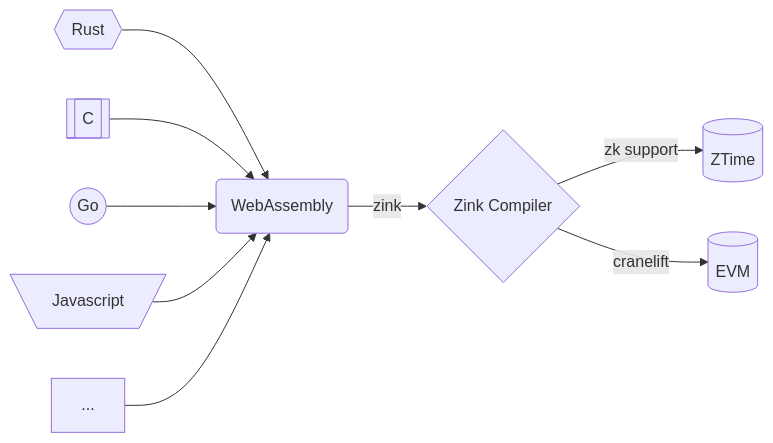
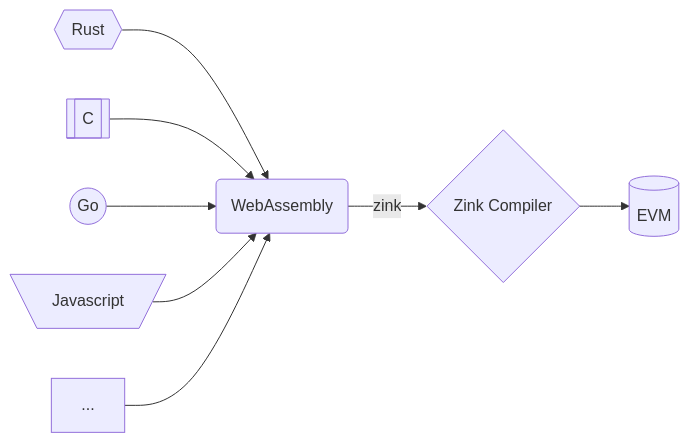
The diagram in README.md (zink-lang/zink), drawn with Mermaid before and after one commit. The commit also changed 1 other file, not shown here.

Commit message:
docs(README): remove cranelift

````diff
--- a/README.md
+++ b/README.md
@@ -13,11 +13,10 @@
 ```mermaid
 flowchart LR
     A{{Rust}} --> W(WebAssembly)
     B[[C]] --> W
     C((Go)) --> W
     D[\Javascript/] --> W
     E[...] --> W
     W --> |zink| Z{Zink Compiler}
-    Z --> |zk support| T[(ZTime)]
-    Z --> |cranelift| V[(EVM)]
+    Z --> V[(EVM)]
 ```
````
